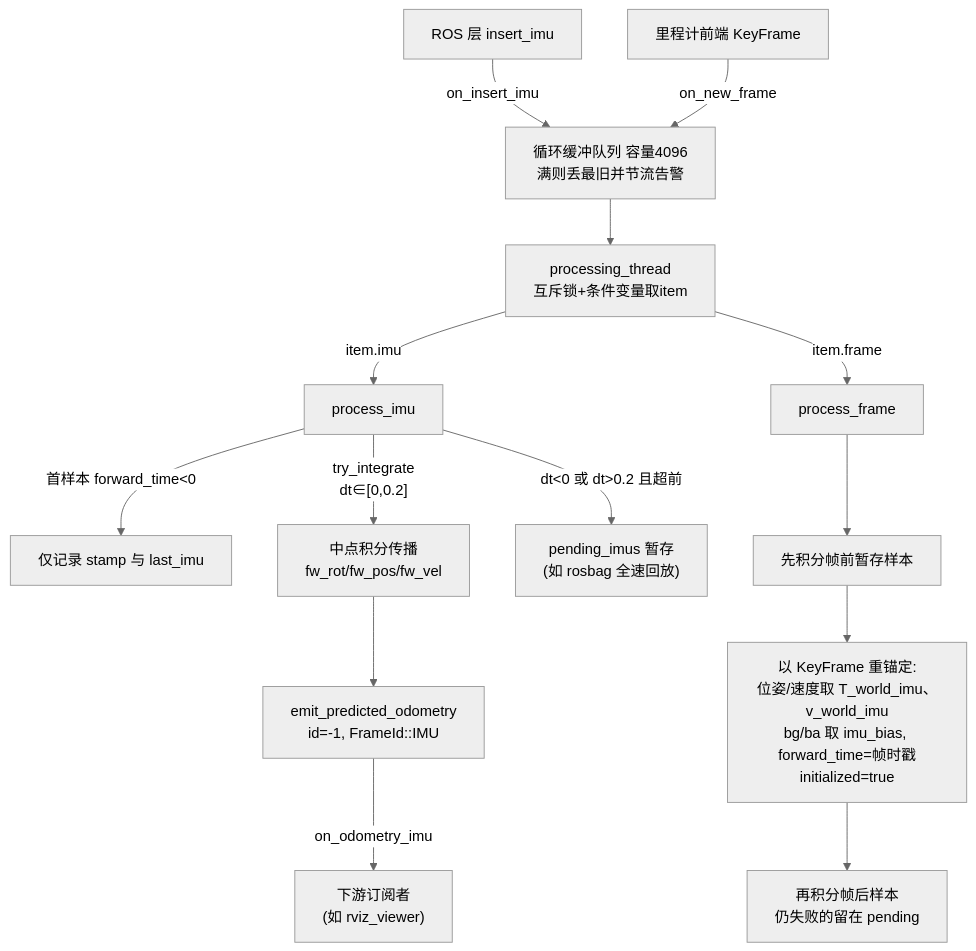
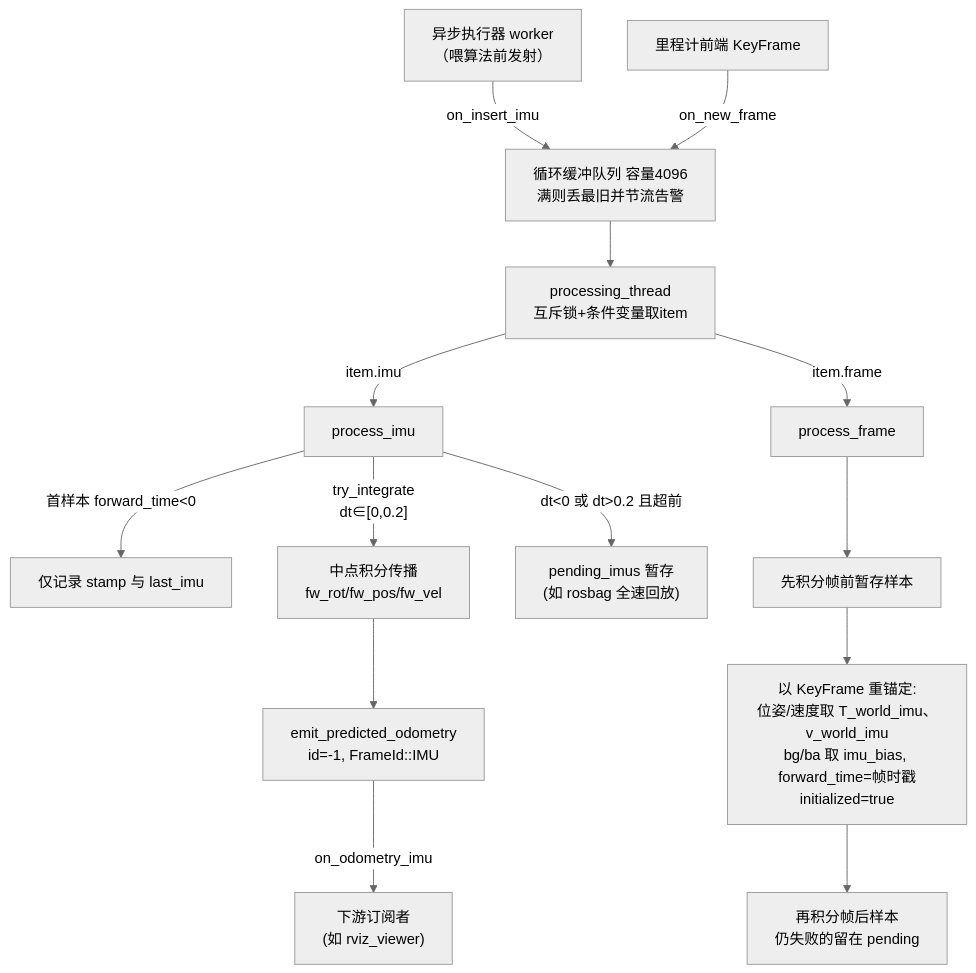
The diagram in docs/wiki/modules/01.md (AphroraC/asuka), drawn with Mermaid (neutral theme) before and after one commit. The commit also changed other lines of this file and 30 other files, not shown here.

````diff
--- a/docs/wiki/modules/01.md
+++ b/docs/wiki/modules/01.md
@@ -27,16 +29,16 @@
 ```mermaid
 flowchart TD
-    A["ROS 层 insert_imu"] -->|on_insert_imu| Q
+    A["异步执行器 worker<br/>（喂算法前发射）"] -->|on_insert_imu| Q
     B["里程计前端 KeyFrame"] -->|on_new_frame| Q
     Q["循环缓冲队列 容量4096<br/>满则丢最旧并节流告警"] --> T["processing_thread<br/>互斥锁+条件变量取item"]
     T -->|item.imu| P1["process_imu"]
     T -->|item.frame| P2["process_frame"]
     P1 -->|"首样本 forward_time<0"| I1["仅记录 stamp 与 last_imu"]
     P1 -->|"try_integrate<br/>dt∈[0,0.2]"| INT["中点积分传播<br/>fw_rot/fw_pos/fw_vel"]
     P1 -->|"dt<0 或 dt>0.2 且超前"| PEN["pending_imus 暂存<br/>(如 rosbag 全速回放)"]
     P2 --> N1["先积分帧前暂存样本"]
     N1 --> RE["以 KeyFrame 重锚定:<br/>位姿/速度取 T_world_imu、v_world_imu<br/>bg/ba 取 imu_bias, forward_time=帧时戳<br/>initialized=true"]
     RE --> N2["再积分帧后样本<br/>仍失败的留在 pending"]
     INT --> E["emit_predicted_odometry<br/>id=-1, FrameId::IMU"]
     E -->|on_odometry_imu| OUT["下游订阅者<br/>(如 rviz_viewer)"]
 ```
````
